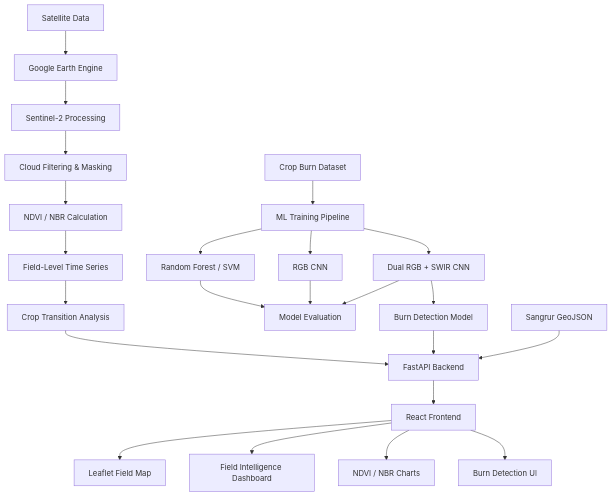
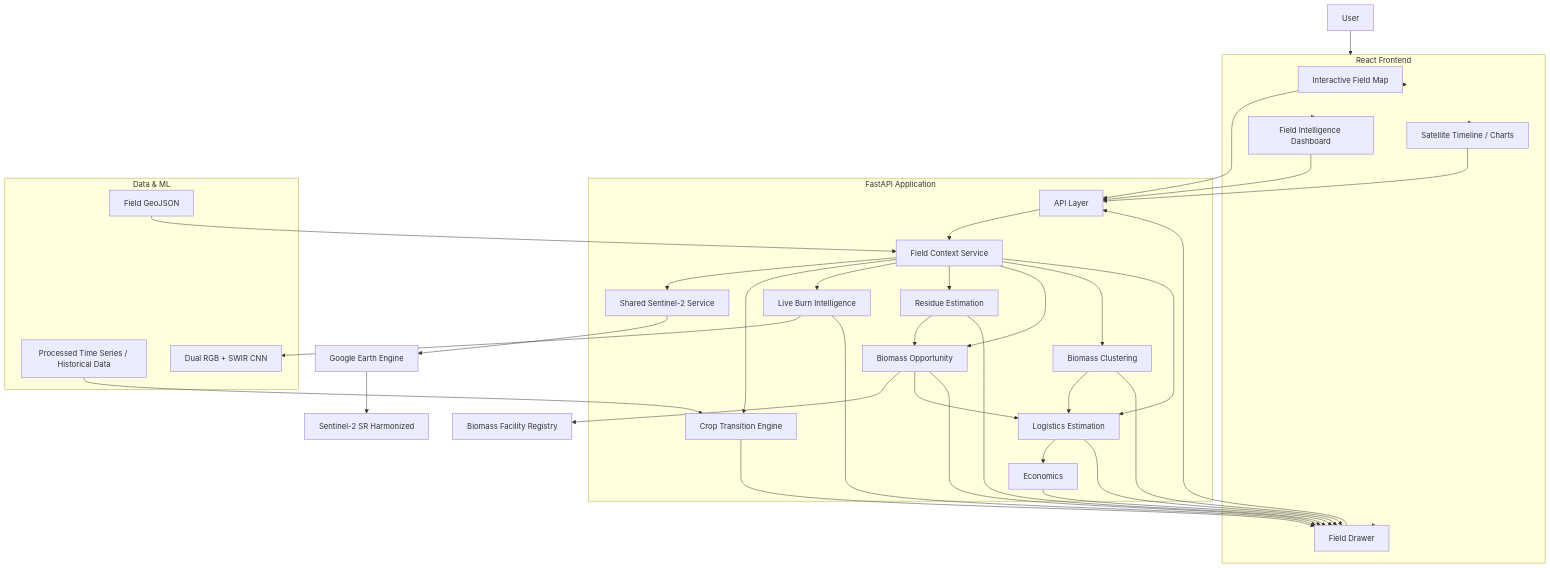
Before and after one commit to apexcoderaziz/Project-Parali: the first of 11 diagrams in README.md, drawn with Mermaid. The commit also changed other lines of this file, not shown here.

````diff
--- a/README.md
+++ b/README.md
@@ -412,41 +234,79 @@
 ```mermaid
-flowchart TD
+flowchart TB
 
-    A[Satellite Data] --> B[Google Earth Engine]
+    USER[User]
 
-    B --> C[Sentinel-2 Processing]
+    subgraph FRONTEND[React Frontend]
+        MAP[Interactive Field Map]
+        DASH[Field Intelligence Dashboard]
+        DRAWER[Field Drawer]
+        CHARTS[Satellite Timeline / Charts]
+    end
 
-    C --> D[Cloud Filtering & Masking]
+    subgraph API[FastAPI Application]
+        ROUTER[API Layer]
+        CONTEXT[Field Context Service]
+        SAT[Shared Sentinel-2 Service]
+        HARVEST[Crop Transition Engine]
+        BURN[Live Burn Intelligence]
+        RESIDUE[Residue Estimation]
+        OPPORTUNITY[Biomass Opportunity]
+        CLUSTER[Biomass Clustering]
+        LOGISTICS[Logistics Estimation]
+        ECONOMICS[Economics]
+    end
 
-    D --> E[NDVI / NBR Calculation]
+    subgraph DATA[Data & ML]
+        GEOJSON[Field GeoJSON]
+        CSV[Processed Time Series / Historical Data]
+        MODEL[Dual RGB + SWIR CNN]
+    end
 
-    E --> F[Field-Level Time Series]
+    GEE[Google Earth Engine]
+    S2[Sentinel-2 SR Harmonized]
+    FACILITIES[Biomass Facility Registry]
 
-    F --> G[Crop Transition Analysis]
+    USER --> FRONTEND
 
-    H[Crop Burn Dataset] --> I[ML Training Pipeline]
+    FRONTEND --> MAP
+    FRONTEND --> DASH
+    FRONTEND --> DRAWER
+    FRONTEND --> CHARTS
 
-    I --> J[Random Forest / SVM]
+    MAP --> ROUTER
+    DASH --> ROUTER
+    DRAWER --> ROUTER
+    CHARTS --> ROUTER
 
-    I --> K[RGB CNN]
+    ROUTER --> CONTEXT
 
-    I --> L[Dual RGB + SWIR CNN]
+    CONTEXT --> SAT
+    CONTEXT --> HARVEST
+    CONTEXT --> BURN
+    CONTEXT --> RESIDUE
+    CONTEXT --> OPPORTUNITY
+    CONTEXT --> CLUSTER
+    CONTEXT --> LOGISTICS
 
-    J --> M[Model Evaluation]
-    K --> M
-    L --> M
+    SAT --> GEE
+    GEE --> S2
 
-    L --> N[Burn Detection Model]
+    BURN --> MODEL
 
-    G --> O[FastAPI Backend]
-    N --> O
+    RESIDUE --> OPPORTUNITY
+    OPPORTUNITY --> FACILITIES
+    CLUSTER --> LOGISTICS
+    OPPORTUNITY --> LOGISTICS
+    LOGISTICS --> ECONOMICS
 
-    P[Sangrur GeoJSON] --> O
+    GEOJSON --> CONTEXT
+    CSV --> HARVEST
 
-    O --> Q[React Frontend]
-
-    Q --> R[Leaflet Field Map]
-    Q --> S[Field Intelligence Dashboard]
-    Q --> T[NDVI / NBR Charts]
-    Q --> U[Burn Detection UI]
+    HARVEST --> DRAWER
+    BURN --> DRAWER
+    RESIDUE --> DRAWER
+    OPPORTUNITY --> DRAWER
+    CLUSTER --> DRAWER
+    LOGISTICS --> DRAWER
+    ECONOMICS --> DRAWER
 ```
````
